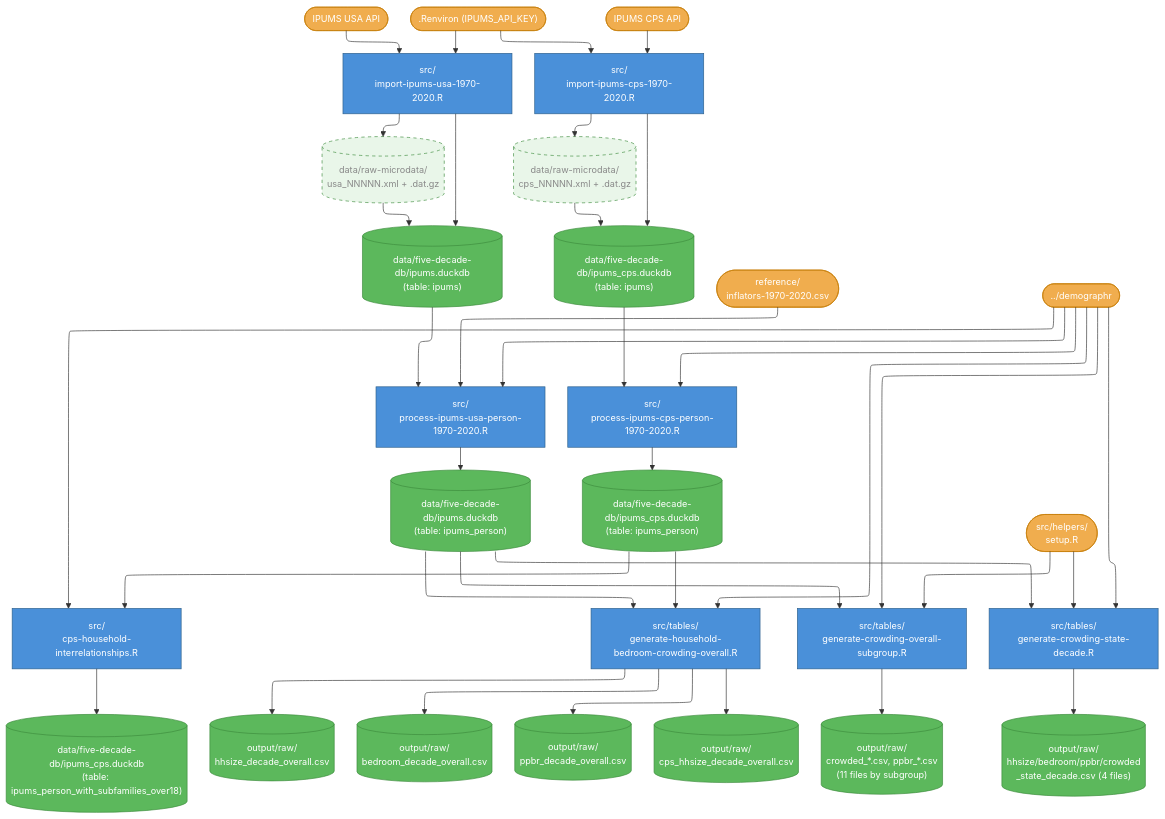
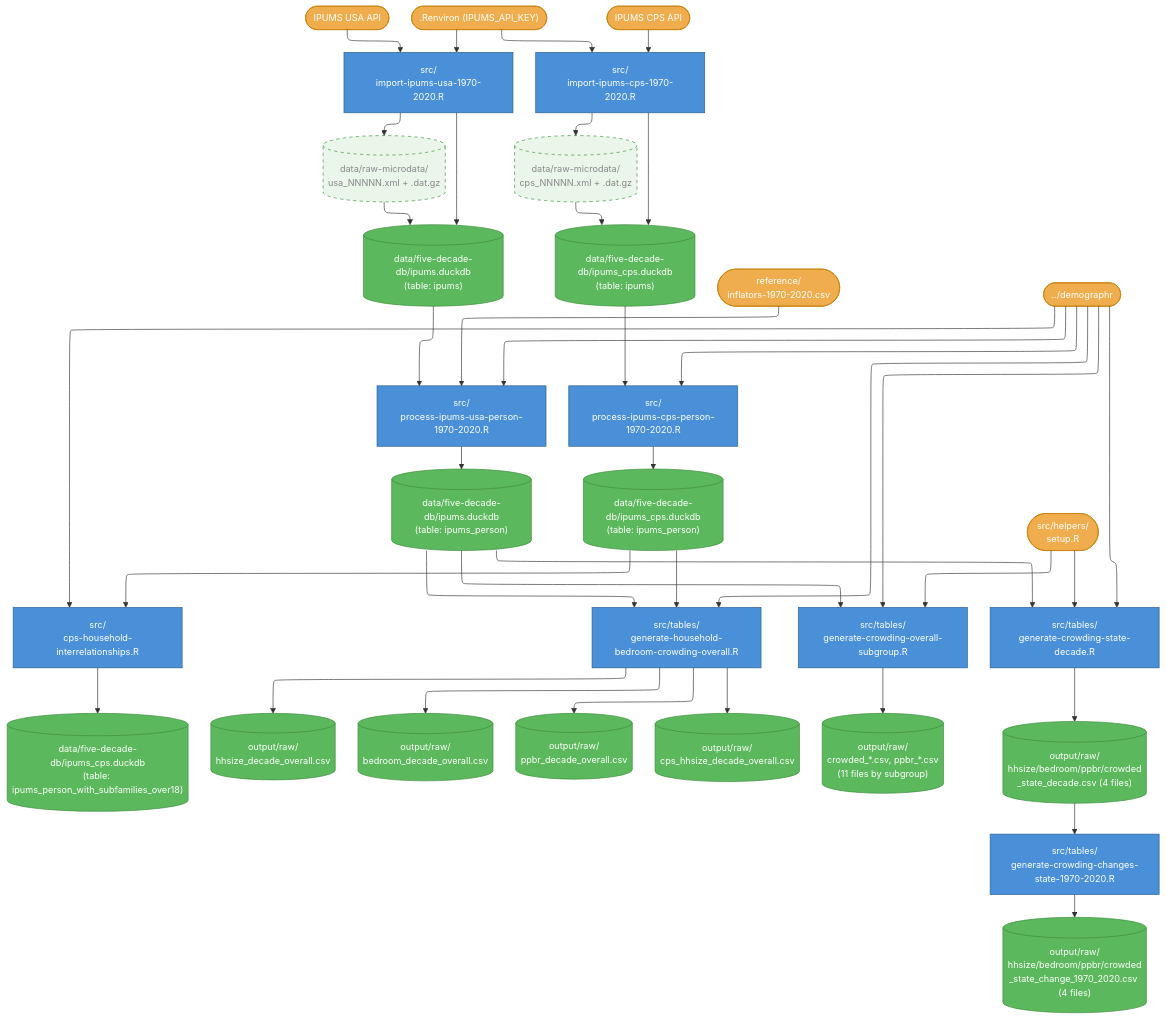
One commit to lorae/households-over-the-years changed the diagram in households-over-the-years/Data flow.md. Above: the diagram before and after it, drawn with Mermaid. The commit also changed 2 other files, not shown here.

Commit message:
refactor: move generate-crowding-changes-state-1970-2020 to src/tables/, add header and diagram entry

````diff
--- a/households-over-the-years/Data flow.md
+++ b/households-over-the-years/Data flow.md
@@ -108,4 +108,11 @@
     demographr --> gen_crowding_state
     setup --> gen_crowding_state
     gen_crowding_state --> crowding_state_csvs
+
+    %% --- Tables: crowding changes by state 1970-2020 ---
+    gen_crowding_state_change["src/tables/<br>generate-crowding-changes-state-1970-2020.R"]:::script
+    crowding_state_change_csvs[("output/raw/<br>hhsize/bedroom/ppbr/crowded<br>_state_change_1970_2020.csv (4 files)")]:::data
+
+    crowding_state_csvs --> gen_crowding_state_change
+    gen_crowding_state_change --> crowding_state_change_csvs
 ```
````
